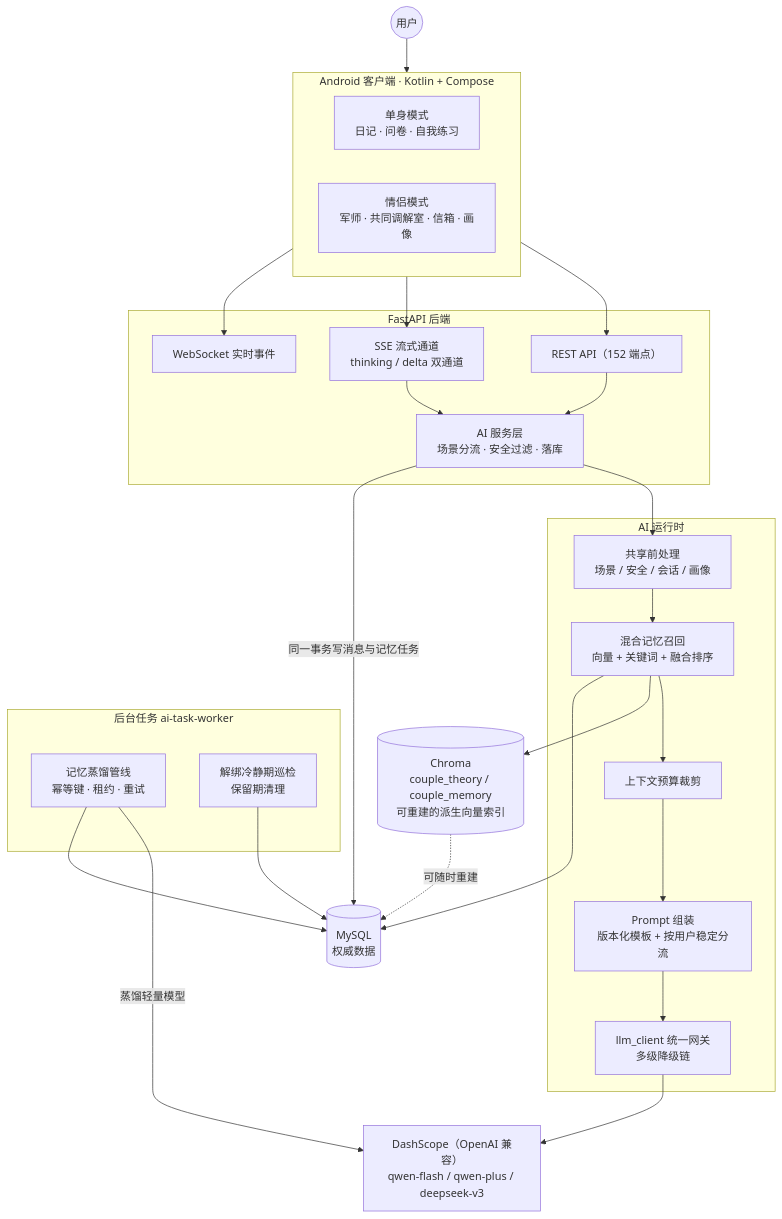
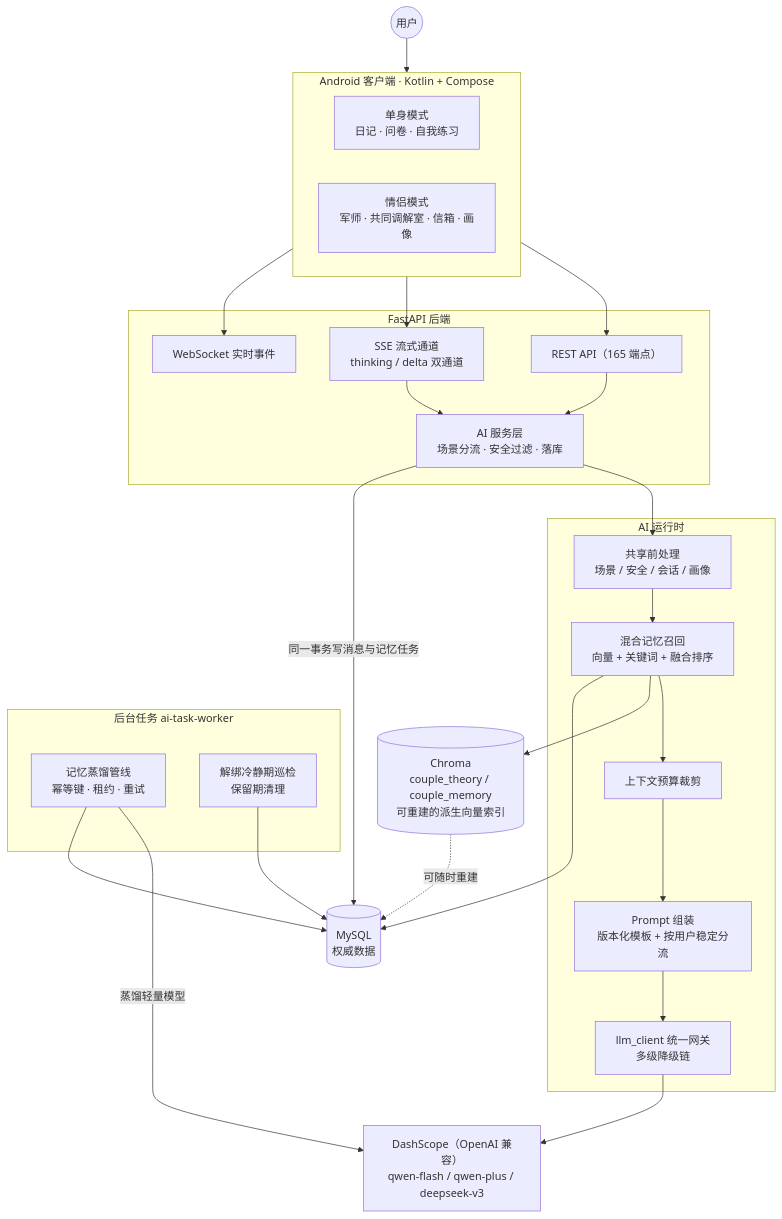
One commit to Flyaohao/Slowly changed the first of 2 diagrams in README.md. Above: the diagram before and after it, drawn with Mermaid. The commit also changed other lines of this file and 2 other files, not shown here.

First line of the commit message:
docs: README 新增「军师的观察」章节与真机截图

````diff
--- a/README.md
+++ b/README.md
@@ -85,47 +90,47 @@
 ```mermaid
 flowchart TB
     User(("用户"))
 
     subgraph Android["Android 客户端 · Kotlin + Compose"]
         direction LR
         SingleUI["单身模式<br/>日记 · 问卷 · 自我练习"]
         CoupleUI["情侣模式<br/>军师 · 共同调解室 · 信箱 · 画像"]
     end
 
     subgraph Backend["FastAPI 后端"]
-        REST["REST API（152 端点）"]
+        REST["REST API（165 端点）"]
         SSE["SSE 流式通道<br/>thinking / delta 双通道"]
         WS["WebSocket 实时事件"]
         AISvc["AI 服务层<br/>场景分流 · 安全过滤 · 落库"]
     end
 
     subgraph Runtime["AI 运行时"]
         Pre["共享前处理<br/>场景 / 安全 / 会话 / 画像"]
         Recall["混合记忆召回<br/>向量 + 关键词 + 融合排序"]
         Budget["上下文预算裁剪"]
         Prompt["Prompt 组装<br/>版本化模板 + 按用户稳定分流"]
         LLM["llm_client 统一网关<br/>多级降级链"]
     end
 
     subgraph Tasks["后台任务 ai-task-worker"]
         Pipeline["记忆蒸馏管线<br/>幂等键 · 租约 · 重试"]
         Purge["解绑冷静期巡检<br/>保留期清理"]
     end
 
     MySQL[("MySQL<br/>权威数据")]
     Chroma[("Chroma<br/>couple_theory / couple_memory<br/>可重建的派生向量索引")]
     DashScope["DashScope（OpenAI 兼容）<br/>qwen-flash / qwen-plus / deepseek-v3"]
 
     User --> Android
     Android --> REST & SSE & WS
     REST --> AISvc
     SSE --> AISvc
     AISvc --> Pre --> Recall --> Budget --> Prompt --> LLM --> DashScope
     Pipeline -->|"蒸馏轻量模型"| DashScope
     Recall --> Chroma
     Recall --> MySQL
     AISvc -->|"同一事务写消息与记忆任务"| MySQL
     Pipeline --> MySQL
     Purge --> MySQL
     Chroma -.可随时重建.-> MySQL
 ```
````
